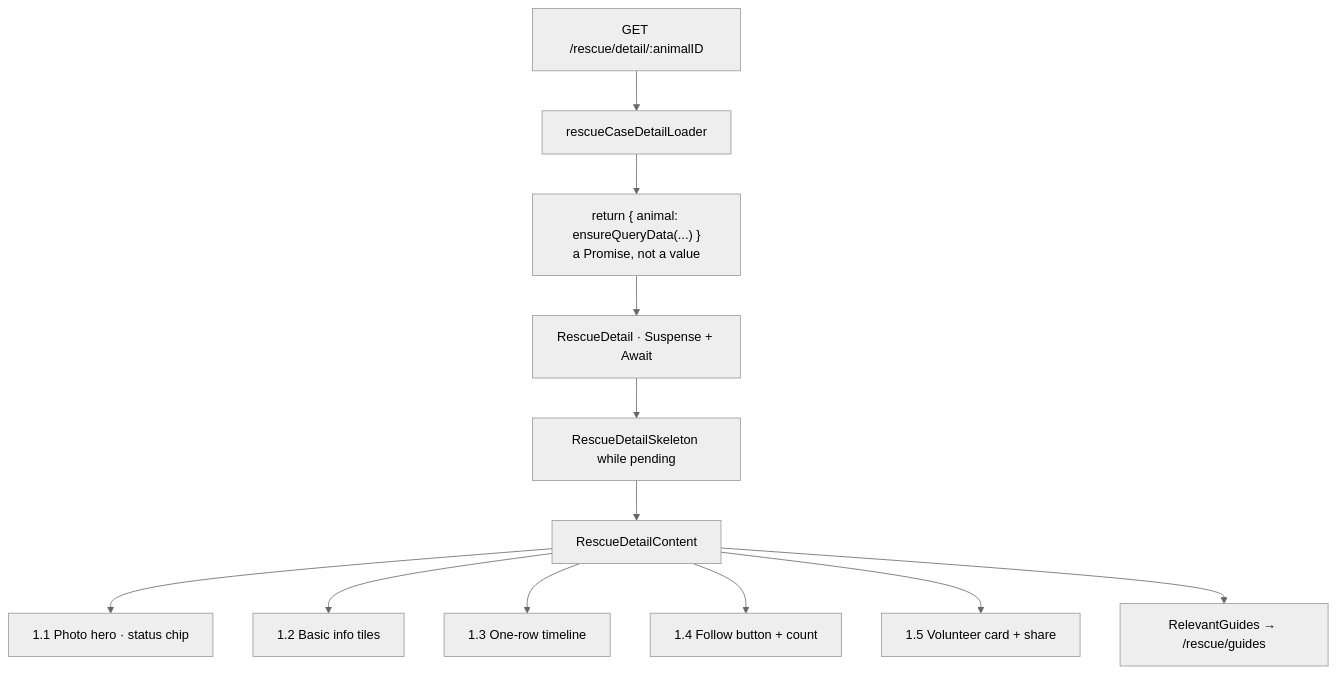
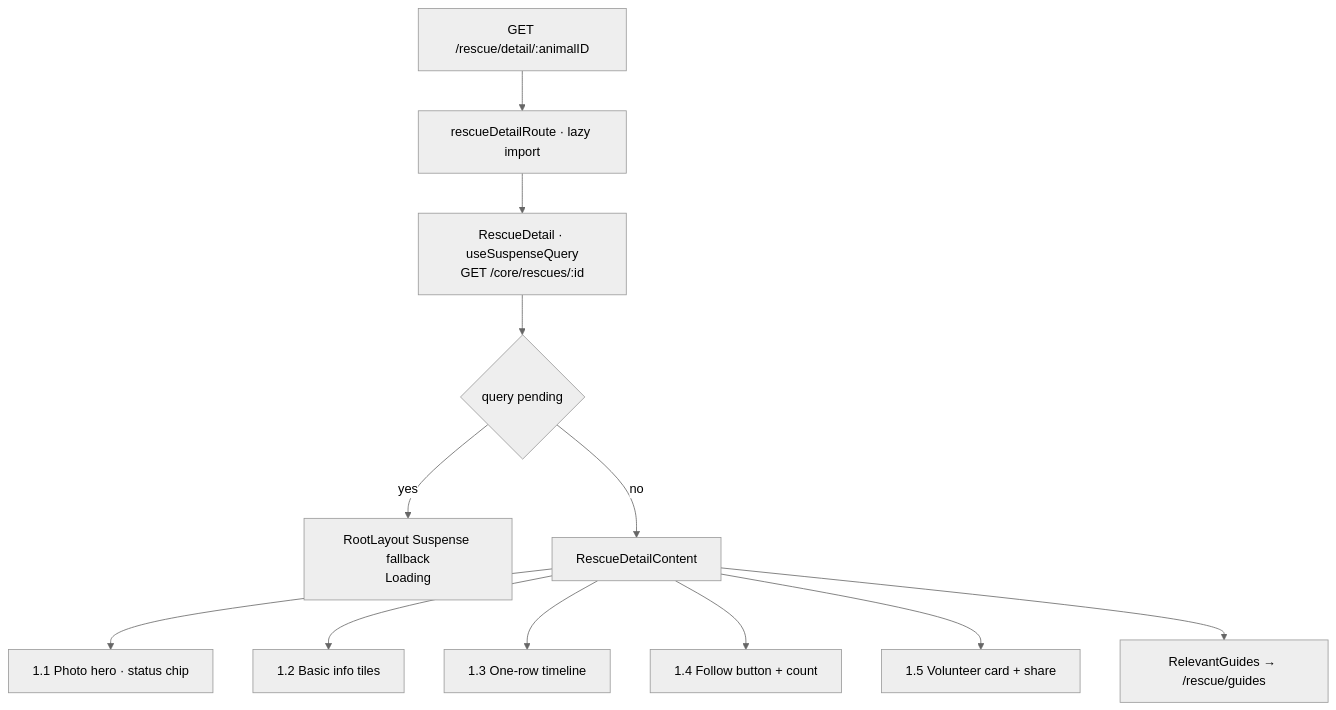
One commit to aoda-zhang/PawHaven-FullStack-React-NodeJS changed the second of 2 diagrams in docs/features/05-rescue-detail.md. Above: the diagram before and after it, drawn with Mermaid (neutral theme). The commit also changed other lines of this file and 13 other files, not shown here.

Commit message:
fix(portal): use layout suspense for global page loading

````diff
--- a/docs/features/05-rescue-detail.md
+++ b/docs/features/05-rescue-detail.md
@@ -157,14 +157,14 @@
 ```mermaid
 flowchart TD
-    A[GET /rescue/detail/:animalID] --> B[rescueCaseDetailLoader]
-    B --> C["return { animal: ensureQueryData(...) }<br/>a Promise, not a value"]
-    C --> D[RescueDetail · Suspense + Await]
-    D --> E[RescueDetailSkeleton while pending]
-    E --> F[RescueDetailContent]
+    A[GET /rescue/detail/:animalID] --> B[rescueDetailRoute · lazy import]
+    B --> C[RescueDetail · useSuspenseQuery<br/>GET /core/rescues/:id]
+    C --> P{query pending}
+    P -->|yes| Q[RootLayout Suspense fallback<br/>Loading]
+    P -->|no| F[RescueDetailContent]
     F --> G[1.1 Photo hero · status chip]
     F --> H[1.2 Basic info tiles]
     F --> I[1.3 One-row timeline]
     F --> J[1.4 Follow button + count]
     F --> K[1.5 Volunteer card + share]
     F --> L[RelevantGuides → /rescue/guides]
 ```
````
